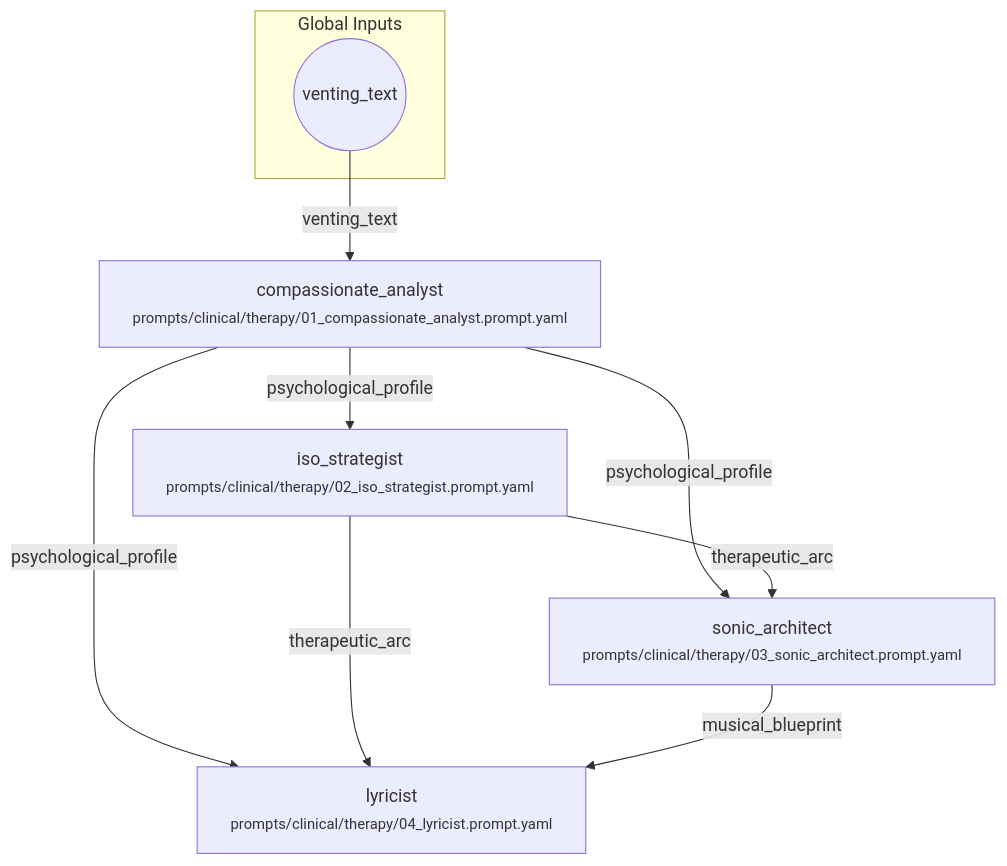
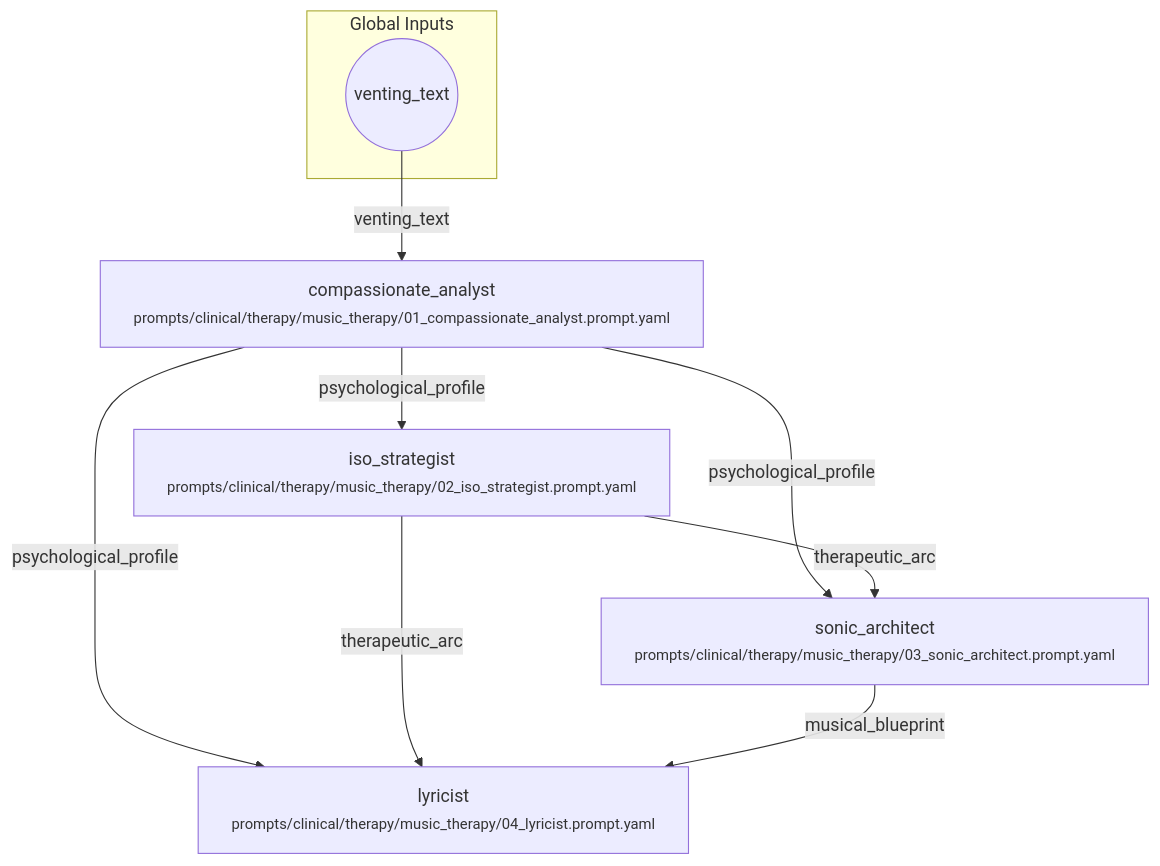
The diagram in workflows/clinical/music_therapy.workflow.md (fderuiter/proompts), drawn with Mermaid before and after one commit. The commit also changed 31 other files, not shown here.

````diff
--- a/workflows/clinical/music_therapy.workflow.md
+++ b/workflows/clinical/music_therapy.workflow.md
@@ -7,17 +7,17 @@
 ```mermaid
 flowchart TD
     subgraph Inputs [Global Inputs]
         inp_venting_text((venting_text))
     end
-    compassionate_analyst["compassionate_analyst<br/><small>prompts/clinical/therapy/01_compassionate_analyst.prompt.yaml</small>"]
-    iso_strategist["iso_strategist<br/><small>prompts/clinical/therapy/02_iso_strategist.prompt.yaml</small>"]
-    sonic_architect["sonic_architect<br/><small>prompts/clinical/therapy/03_sonic_architect.prompt.yaml</small>"]
-    lyricist["lyricist<br/><small>prompts/clinical/therapy/04_lyricist.prompt.yaml</small>"]
+    compassionate_analyst["compassionate_analyst<br/><small>prompts/clinical/therapy/music_therapy/01_compassionate_analyst.prompt.yaml</small>"]
+    iso_strategist["iso_strategist<br/><small>prompts/clinical/therapy/music_therapy/02_iso_strategist.prompt.yaml</small>"]
+    sonic_architect["sonic_architect<br/><small>prompts/clinical/therapy/music_therapy/03_sonic_architect.prompt.yaml</small>"]
+    lyricist["lyricist<br/><small>prompts/clinical/therapy/music_therapy/04_lyricist.prompt.yaml</small>"]
     inp_venting_text -->|venting_text| compassionate_analyst
     compassionate_analyst -->|psychological_profile| iso_strategist
     compassionate_analyst -->|psychological_profile| sonic_architect
     iso_strategist -->|therapeutic_arc| sonic_architect
     compassionate_analyst -->|psychological_profile| lyricist
     iso_strategist -->|therapeutic_arc| lyricist
     sonic_architect -->|musical_blueprint| lyricist
 ```
````
